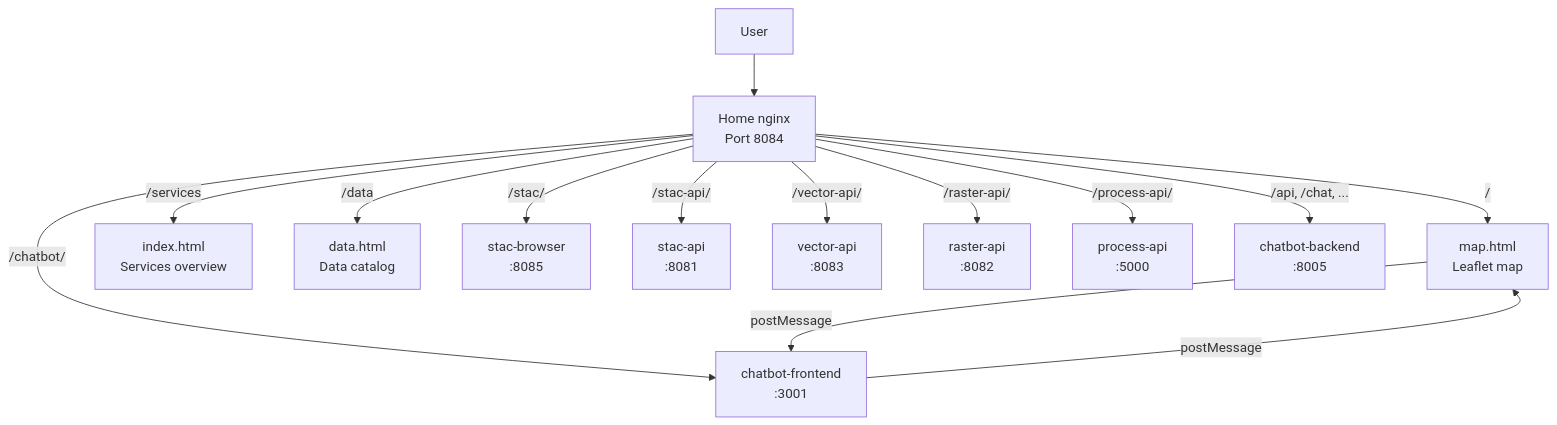
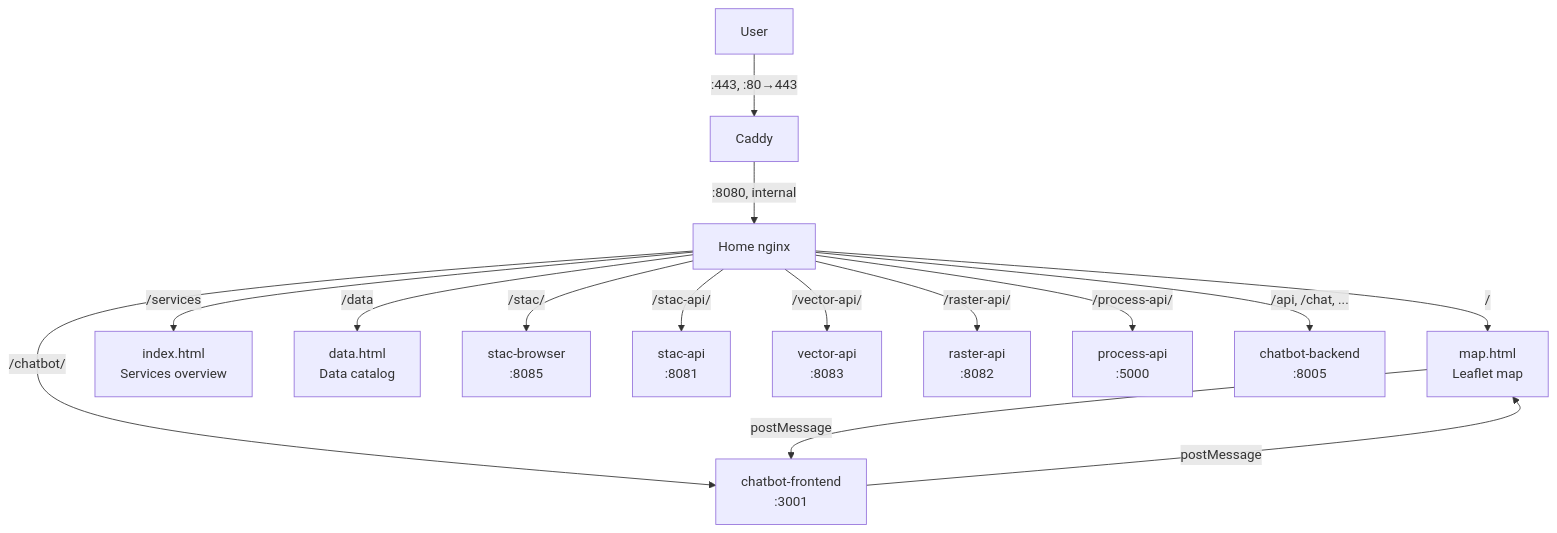
Before and after one commit to jeremie-durand/Agri-SDSS: the diagram in frontend/home/README.md, drawn with Mermaid. The commit also changed other lines of this file, not shown here.

Commit message:
docs: update README to clarify Caddy as the entry point and enhance COG download details

````diff
--- a/frontend/home/README.md
+++ b/frontend/home/README.md
@@ -28,19 +29,19 @@
 ```mermaid
 graph TD
-    User --> Home[Home nginx<br/>Port 8084]
+    User -->|:443, :80→443| Caddy[Caddy] -->|:8080, internal| Home[Home nginx]
 
     Home -->|/| Map[map.html<br/>Leaflet map]
     Home -->|/services| Services[index.html<br/>Services overview]
     Home -->|/data| Data[data.html<br/>Data catalog]
     Home -->|/stac/| STAC[stac-browser<br/>:8085]
     Home -->|/chatbot/| Chatbot[chatbot-frontend<br/>:3001]
 
     Home -->|/stac-api/| StacAPI[stac-api<br/>:8081]
     Home -->|/vector-api/| VectorAPI[vector-api<br/>:8083]
     Home -->|/raster-api/| RasterAPI[raster-api<br/>:8082]
     Home -->|/process-api/| PyGeoAPI[process-api<br/>:5000]
     Home -->|/api, /chat, ...| ChatbotAPI[chatbot-backend<br/>:8005]
 
     Map -->|postMessage| Chatbot
     Chatbot -->|postMessage| Map
 ```
````
